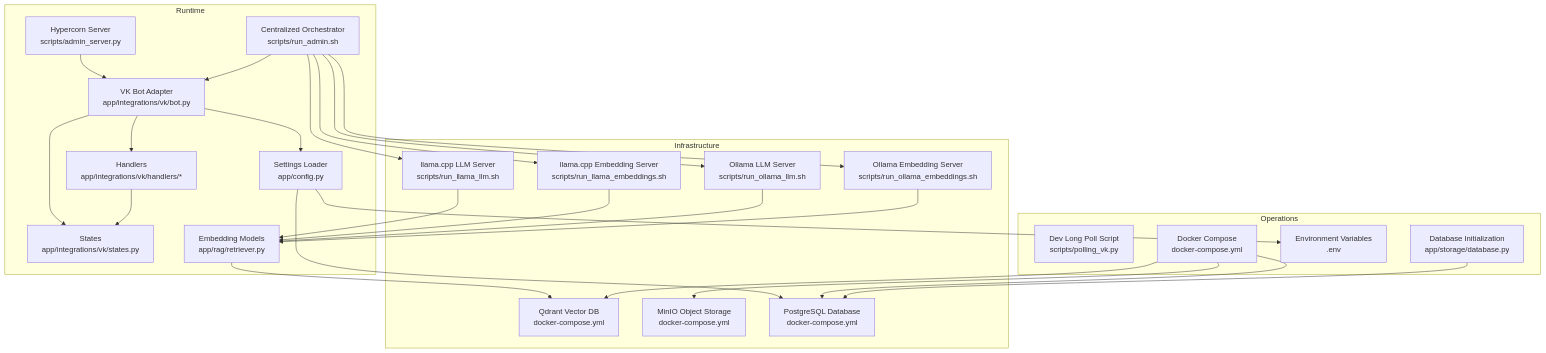
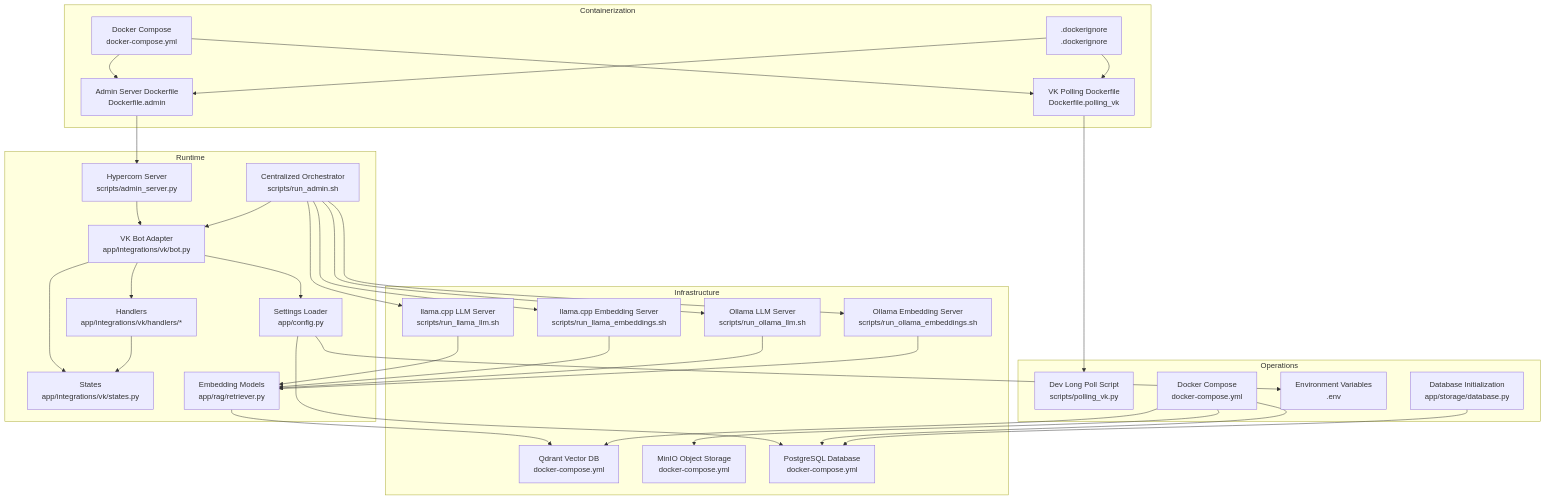
One commit to ognelis/cafetera_hr_bot changed the first of 17 diagrams in .qoder/repowiki/en/content/Deployment and Operations.md. Above: the diagram before and after it, drawn with Mermaid. The commit also changed other lines of this file and 10 other files, not shown here.

````diff
--- a/.qoder/repowiki/en/content/Deployment and Operations.md
+++ b/.qoder/repowiki/en/content/Deployment and Operations.md
@@ -69,48 +75,60 @@
 ```mermaid
 graph TB
 subgraph "Runtime"
 VKBot["VK Bot Adapter<br/>app/integrations/vk/bot.py"]
 Handlers["Handlers<br/>app/integrations/vk/handlers/*"]
 States["States<br/>app/integrations/vk/states.py"]
 Config["Settings Loader<br/>app/config.py"]
 Embeddings["Embedding Models<br/>app/rag/retriever.py"]
 Hypercorn["Hypercorn Server<br/>scripts/admin_server.py"]
 Orchestrator["Centralized Orchestrator<br/>scripts/run_admin.sh"]
 end
 subgraph "Infrastructure"
 Qdrant["Qdrant Vector DB<br/>docker-compose.yml"]
 MinIO["MinIO Object Storage<br/>docker-compose.yml"]
 PostgreSQL["PostgreSQL Database<br/>docker-compose.yml"]
 LlamaLLM["llama.cpp LLM Server<br/>scripts/run_llama_llm.sh"]
 LlamaEmbed["llama.cpp Embedding Server<br/>scripts/run_llama_embeddings.sh"]
 OllamaLLM["Ollama LLM Server<br/>scripts/run_ollama_llm.sh"]
 OllamaEmbed["Ollama Embedding Server<br/>scripts/run_ollama_embeddings.sh"]
+end
+subgraph "Containerization"
+AdminDocker["Admin Server Dockerfile<br/>Dockerfile.admin"]
+VKDocker["VK Polling Dockerfile<br/>Dockerfile.polling_vk"]
+DockerCompose["Docker Compose<br/>docker-compose.yml"]
+DockerIgnore[".dockerignore<br/>.dockerignore"]
 end
 subgraph "Operations"
 DevPoll["Dev Long Poll Script<br/>scripts/polling_vk.py"]
 Compose["Docker Compose<br/>docker-compose.yml"]
 Env["Environment Variables<br/>.env"]
 DBInit["Database Initialization<br/>app/storage/database.py"]
 end
 VKBot --> Handlers
 VKBot --> States
 VKBot --> Config
 Handlers --> States
 Embeddings --> Qdrant
 Config --> Env
 Config --> PostgreSQL
 LlamaLLM --> Embeddings
 LlamaEmbed --> Embeddings
 OllamaLLM --> Embeddings
 OllamaEmbed --> Embeddings
 Compose --> Qdrant
 Compose --> MinIO
 Compose --> PostgreSQL
 Hypercorn --> VKBot
 Orchestrator --> VKBot
 Orchestrator --> LlamaLLM
 Orchestrator --> LlamaEmbed
 Orchestrator --> OllamaLLM
 Orchestrator --> OllamaEmbed
 DBInit --> PostgreSQL
+AdminDocker --> Hypercorn
+VKDocker --> DevPoll
+DockerCompose --> AdminDocker
+DockerCompose --> VKDocker
+DockerIgnore --> AdminDocker
+DockerIgnore --> VKDocker
 ```
````
